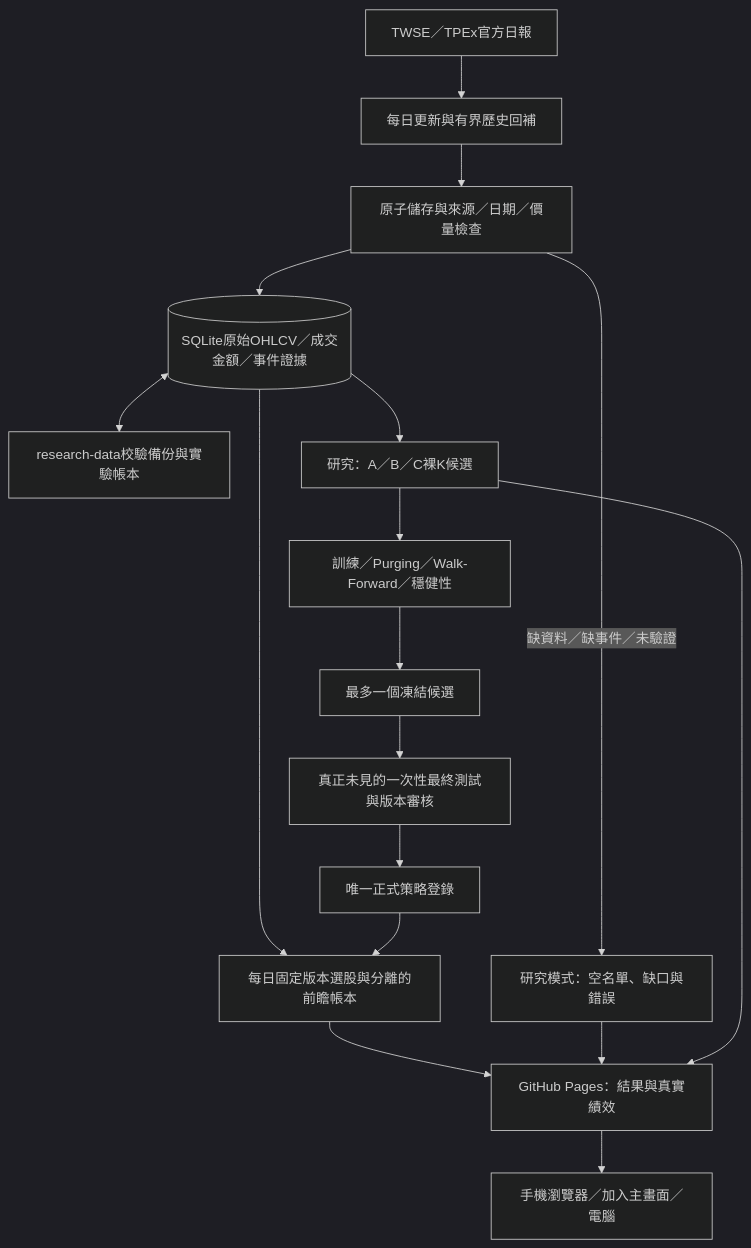
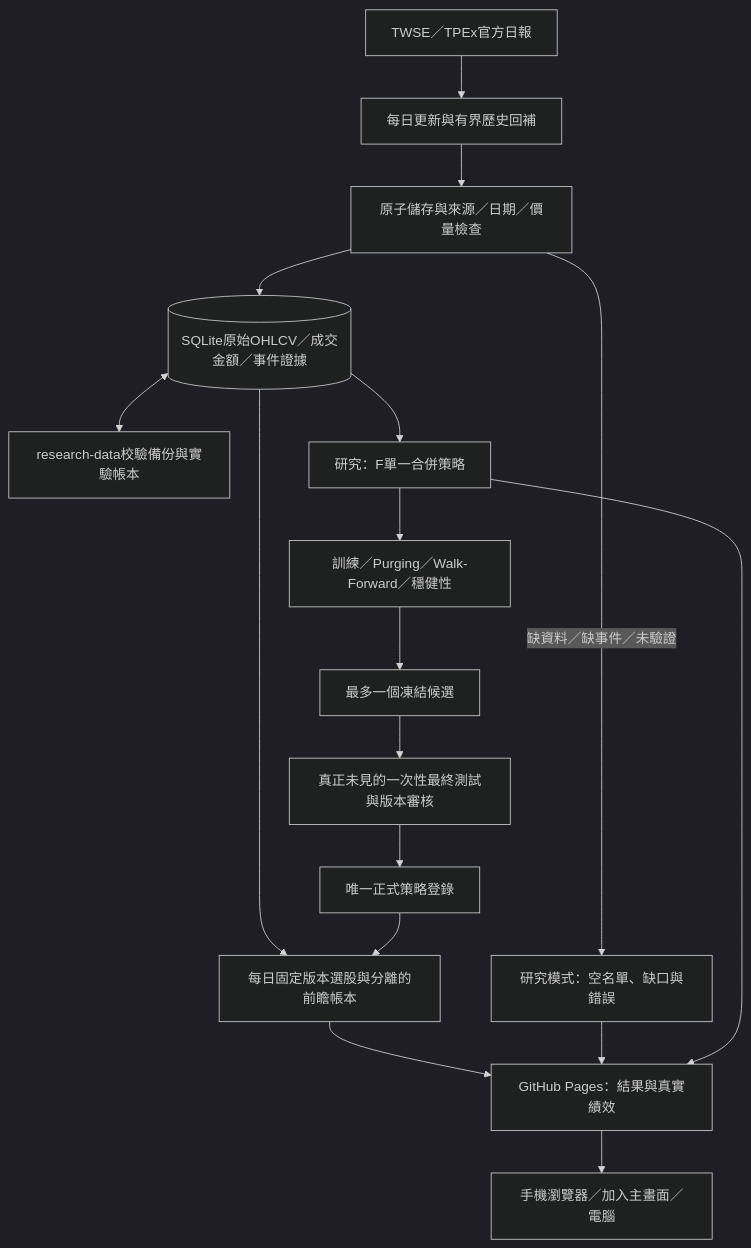
The diagram in docs/architecture.md (sy3dren-collab/taiwan-stock-screener), drawn with Mermaid (dark theme) before and after one commit. The commit also changed other lines of this file and 39 other files, not shown here.

````diff
--- a/docs/architecture.md
+++ b/docs/architecture.md
@@ -5,19 +5,19 @@
 ```mermaid
 flowchart TD
     T[TWSE／TPEx官方日報] --> U[每日更新與有界歷史回補]
     U --> Q[原子儲存與來源／日期／價量檢查]
     Q --> D[(SQLite原始OHLCV／成交金額／事件證據)]
     D <--> B[research-data校驗備份與實驗帳本]
-    D --> R[研究：A／B／C裸K候選]
+    D --> R[研究：F單一合併策略]
     R --> W[訓練／Purging／Walk-Forward／穩健性]
     W --> F[最多一個凍結候選]
     F --> V[真正未見的一次性最終測試與版本審核]
     V --> S[唯一正式策略登錄]
     D --> E[每日固定版本選股與分離的前瞻帳本]
     S --> E
     Q -->|缺資料／缺事件／未驗證| N[研究模式：空名單、缺口與錯誤]
     E --> P[GitHub Pages：結果與真實績效]
     N --> P
     R --> P
     P --> M[手機瀏覽器／加入主畫面／電腦]
 ```
````
